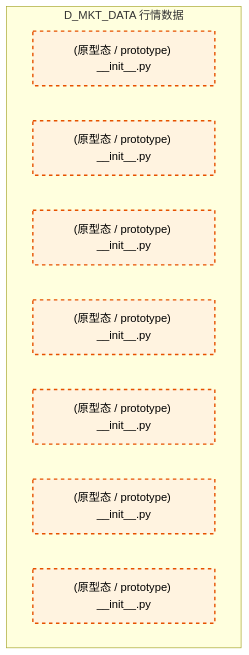
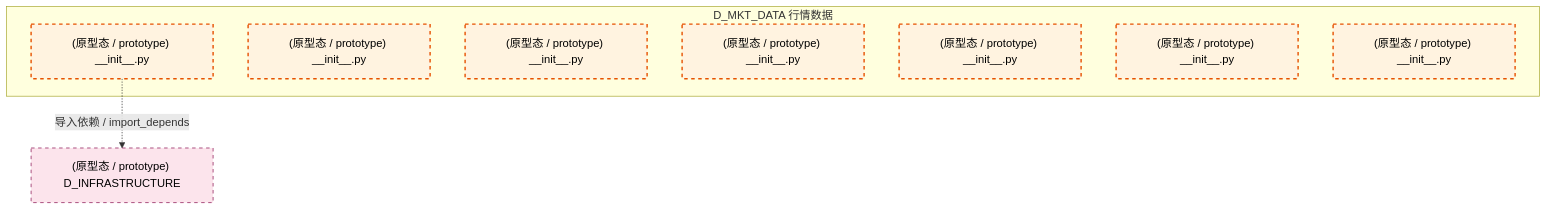
The third of 4 diagrams in docs/02_enterprise_architecture/02_domain_architecture_docs/18_d_mkt_data.md (xuanFelixVan/ZephyrAlpha), drawn with Mermaid before and after one commit. The commit also changed other lines of this file and 112 other files, not shown here.

````diff
--- a/docs/02_enterprise_architecture/02_domain_architecture_docs/18_d_mkt_data.md
+++ b/docs/02_enterprise_architecture/02_domain_architecture_docs/18_d_mkt_data.md
@@ -130,17 +132,20 @@
 ```mermaid
 graph TD
     subgraph D_MKT_DATA["D_MKT_DATA 行情数据"]
         src_zephyr_market_data_init_py["(原型态 / prototype) __init__.py"]
         src_zephyr_market_data_extensions_init_py["(原型态 / prototype) __init__.py"]
         src_zephyr_market_data_api_init_py["(原型态 / prototype) __init__.py"]
         src_zephyr_market_data_core_init_py["(原型态 / prototype) __init__.py"]
         src_zephyr_market_data_infrastructure_init_py["(原型态 / prototype) __init__.py"]
         src_zephyr_market_data_models_init_py["(原型态 / prototype) __init__.py"]
         src_zephyr_market_data_services_init_py["(原型态 / prototype) __init__.py"]
     end
+    D_INFRASTRUCTURE["(原型态 / prototype) D_INFRASTRUCTURE"]
+    src_zephyr_market_data_init_py -.->|导入依赖 / import_depends| D_INFRASTRUCTURE
     classDef production fill:#e1f5fe,stroke:#01579b,stroke-width:2px,color:#000
     classDef design fill:#fff3e0,stroke:#e65100,stroke-width:2px,color:#000,stroke-dasharray: 5 5
     classDef external_prod fill:#e8f5e9,stroke:#1b5e20,stroke-width:1px,color:#000
     classDef external_design fill:#fce4ec,stroke:#880e4f,stroke-width:1px,color:#000,stroke-dasharray: 5 5
     class src_zephyr_market_data_init_py,src_zephyr_market_data_extensions_init_py,src_zephyr_market_data_api_init_py,src_zephyr_market_data_core_init_py,src_zephyr_market_data_infrastructure_init_py,src_zephyr_market_data_models_init_py,src_zephyr_market_data_services_init_py design
+    class D_INFRASTRUCTURE external_design
 ```
````
